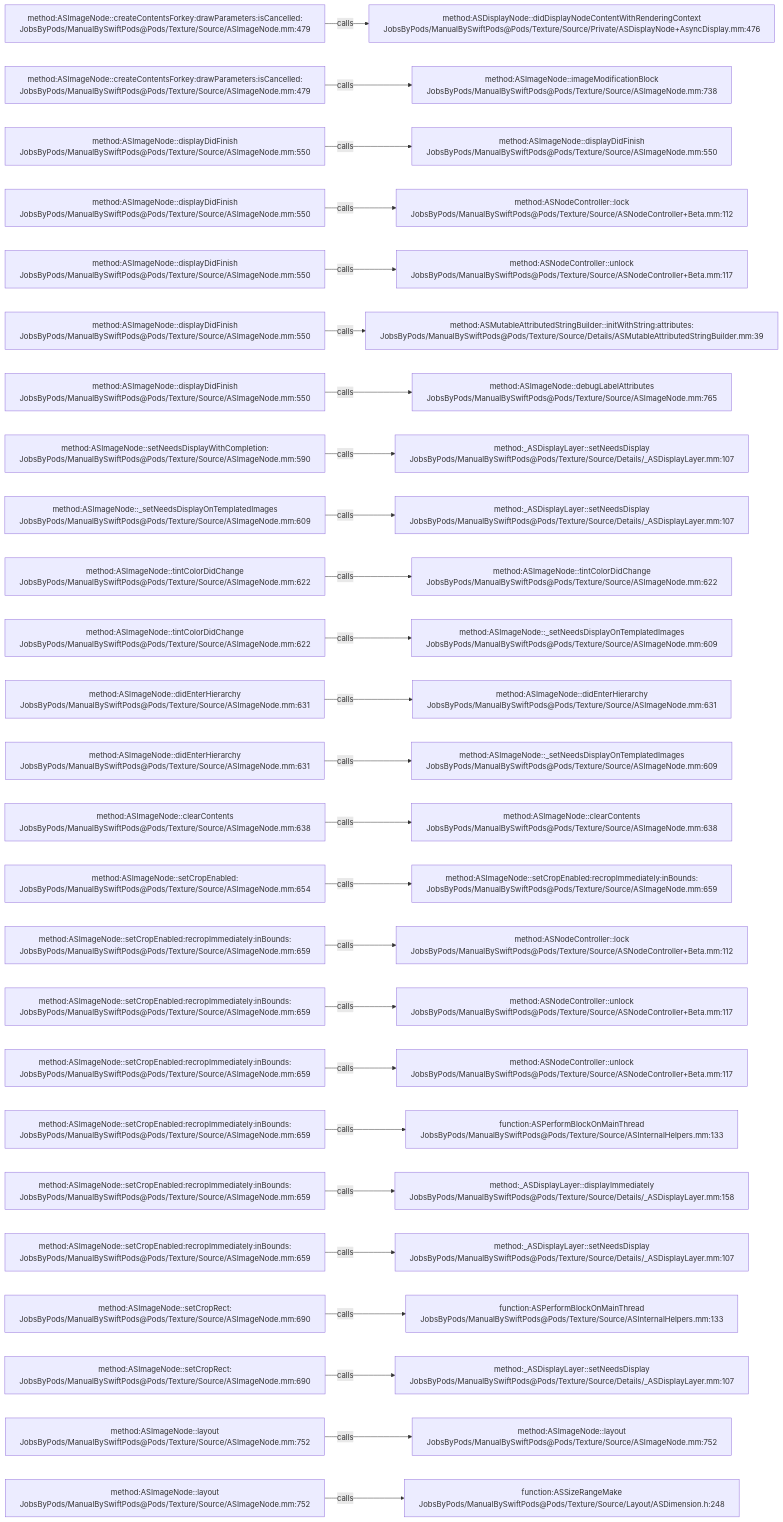
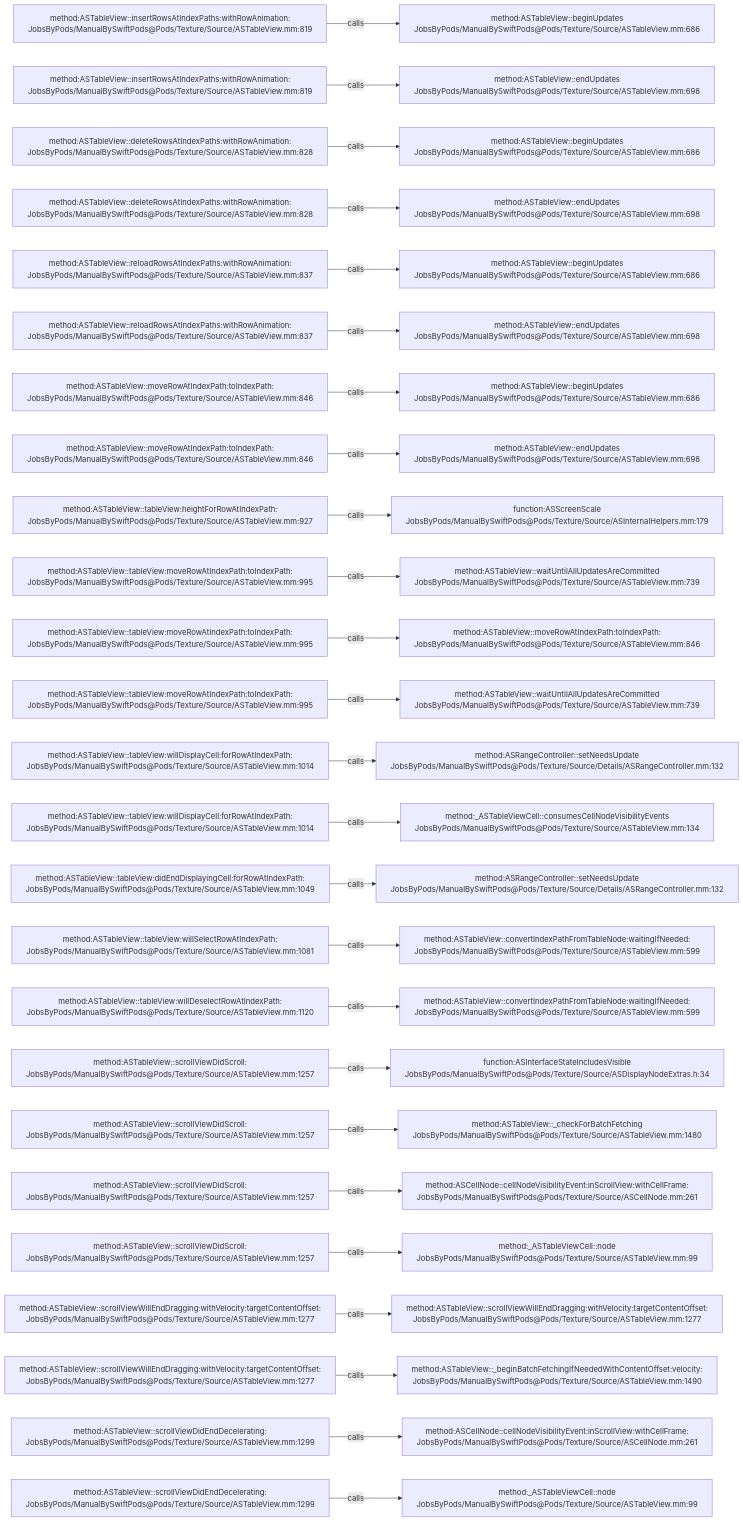
Before and after one commit to JobsKits/JobsSwiftBaseConfigDemo: the diagram in .codegraph/codegraph.md/graphs/calls-061.md, drawn with Mermaid. The commit also changed 832 other files, not shown here.

````diff
--- a/.codegraph/codegraph.md/graphs/calls-061.md
+++ b/.codegraph/codegraph.md/graphs/calls-061.md
@@ -13,78 +13,78 @@
 ```mermaid
 flowchart LR
-  S1["method:ASImageNode::createContentsForkey:drawParameters:isCancelled:<br/>JobsByPods/ManualBySwiftPods@Pods/Texture/Source/ASImageNode.mm:479"]
-  T1["method:ASDisplayNode::didDisplayNodeContentWithRenderingContext<br/>JobsByPods/ManualBySwiftPods@Pods/Texture/Source/Private/ASDisplayNode+AsyncDisplay.mm:476"]
+  S1["method:ASTableView::insertRowsAtIndexPaths:withRowAnimation:<br/>JobsByPods/ManualBySwiftPods@Pods/Texture/Source/ASTableView.mm:819"]
+  T1["method:ASTableView::beginUpdates<br/>JobsByPods/ManualBySwiftPods@Pods/Texture/Source/ASTableView.mm:686"]
   S1 -->|calls| T1
-  S2["method:ASImageNode::createContentsForkey:drawParameters:isCancelled:<br/>JobsByPods/ManualBySwiftPods@Pods/Texture/Source/ASImageNode.mm:479"]
-  T2["method:ASImageNode::imageModificationBlock<br/>JobsByPods/ManualBySwiftPods@Pods/Texture/Source/ASImageNode.mm:738"]
+  S2["method:ASTableView::insertRowsAtIndexPaths:withRowAnimation:<br/>JobsByPods/ManualBySwiftPods@Pods/Texture/Source/ASTableView.mm:819"]
+  T2["method:ASTableView::endUpdates<br/>JobsByPods/ManualBySwiftPods@Pods/Texture/Source/ASTableView.mm:698"]
   S2 -->|calls| T2
-  S3["method:ASImageNode::displayDidFinish<br/>JobsByPods/ManualBySwiftPods@Pods/Texture/Source/ASImageNode.mm:550"]
-  T3["method:ASImageNode::displayDidFinish<br/>JobsByPods/ManualBySwiftPods@Pods/Texture/Source/ASImageNode.mm:550"]
+  S3["method:ASTableView::deleteRowsAtIndexPaths:withRowAnimation:<br/>JobsByPods/ManualBySwiftPods@Pods/Texture/Source/ASTableView.mm:828"]
+  T3["method:ASTableView::beginUpdates<br/>JobsByPods/ManualBySwiftPods@Pods/Texture/Source/ASTableView.mm:686"]
   S3 -->|calls| T3
-  S4["method:ASImageNode::displayDidFinish<br/>JobsByPods/ManualBySwiftPods@Pods/Texture/Source/ASImageNode.mm:550"]
-  T4["method:ASNodeController::lock<br/>JobsByPods/ManualBySwiftPods@Pods/Texture/Source/ASNodeController+Beta.mm:112"]
+  S4["method:ASTableView::deleteRowsAtIndexPaths:withRowAnimation:<br/>JobsByPods/ManualBySwiftPods@Pods/Texture/Source/ASTableView.mm:828"]
+  T4["method:ASTableView::endUpdates<br/>JobsByPods/ManualBySwiftPods@Pods/Texture/Source/ASTableView.mm:698"]
   S4 -->|calls| T4
-  S5["method:ASImageNode::displayDidFinish<br/>JobsByPods/ManualBySwiftPods@Pods/Texture/Source/ASImageNode.mm:550"]
-  T5["method:ASNodeController::unlock<br/>JobsByPods/ManualBySwiftPods@Pods/Texture/Source/ASNodeController+Beta.mm:117"]
+  S5["method:ASTableView::reloadRowsAtIndexPaths:withRowAnimation:<br/>JobsByPods/ManualBySwiftPods@Pods/Texture/Source/ASTableView.mm:837"]
+  T5["method:ASTableView::beginUpdates<br/>JobsByPods/ManualBySwiftPods@Pods/Texture/Source/ASTableView.mm:686"]
   S5 -->|calls| T5
-  S6["method:ASImageNode::displayDidFinish<br/>JobsByPods/ManualBySwiftPods@Pods/Texture/Source/ASImageNode.mm:550"]
-  T6["method:ASMutableAttributedStringBuilder::initWithString:attributes:<br/>JobsByPods/ManualBySwiftPods@Pods/Texture/Source/Details/ASMutableAttributedStringBuilder.mm:39"]
+  S6["method:ASTableView::reloadRowsAtIndexPaths:withRowAnimation:<br/>JobsByPods/ManualBySwiftPods@Pods/Texture/Source/ASTableView.mm:837"]
+  T6["method:ASTableView::endUpdates<br/>JobsByPods/ManualBySwiftPods@Pods/Texture/Source/ASTableView.mm:698"]
   S6 -->|calls| T6
-  S7["method:ASImageNode::displayDidFinish<br/>JobsByPods/ManualBySwiftPods@Pods/Texture/Source/ASImageNode.mm:550"]
-  T7["method:ASImageNode::debugLabelAttributes<br/>JobsByPods/ManualBySwiftPods@Pods/Texture/Source/ASImageNode.mm:765"]
+  S7["method:ASTableView::moveRowAtIndexPath:toIndexPath:<br/>JobsByPods/ManualBySwiftPods@Pods/Texture/Source/ASTableView.mm:846"]
+  T7["method:ASTableView::beginUpdates<br/>JobsByPods/ManualBySwiftPods@Pods/Texture/Source/ASTableView.mm:686"]
   S7 -->|calls| T7
-  S8["method:ASImageNode::setNeedsDisplayWithCompletion:<br/>JobsByPods/ManualBySwiftPods@Pods/Texture/Source/ASImageNode.mm:590"]
-  T8["method:_ASDisplayLayer::setNeedsDisplay<br/>JobsByPods/ManualBySwiftPods@Pods/Texture/Source/Details/_ASDisplayLayer.mm:107"]
+  S8["method:ASTableView::moveRowAtIndexPath:toIndexPath:<br/>JobsByPods/ManualBySwiftPods@Pods/Texture/Source/ASTableView.mm:846"]
+  T8["method:ASTableView::endUpdates<br/>JobsByPods/ManualBySwiftPods@Pods/Texture/Source/ASTableView.mm:698"]
   S8 -->|calls| T8
-  S9["method:ASImageNode::_setNeedsDisplayOnTemplatedImages<br/>JobsByPods/ManualBySwiftPods@Pods/Texture/Source/ASImageNode.mm:609"]
-  T9["method:_ASDisplayLayer::setNeedsDisplay<br/>JobsByPods/ManualBySwiftPods@Pods/Texture/Source/Details/_ASDisplayLayer.mm:107"]
+  S9["method:ASTableView::tableView:heightForRowAtIndexPath:<br/>JobsByPods/ManualBySwiftPods@Pods/Texture/Source/ASTableView.mm:927"]
+  T9["function:ASScreenScale<br/>JobsByPods/ManualBySwiftPods@Pods/Texture/Source/ASInternalHelpers.mm:179"]
   S9 -->|calls| T9
-  S10["method:ASImageNode::tintColorDidChange<br/>JobsByPods/ManualBySwiftPods@Pods/Texture/Source/ASImageNode.mm:622"]
-  T10["method:ASImageNode::tintColorDidChange<br/>JobsByPods/ManualBySwiftPods@Pods/Texture/Source/ASImageNode.mm:622"]
+  S10["method:ASTableView::tableView:moveRowAtIndexPath:toIndexPath:<br/>JobsByPods/ManualBySwiftPods@Pods/Texture/Source/ASTableView.mm:995"]
+  T10["method:ASTableView::waitUntilAllUpdatesAreCommitted<br/>JobsByPods/ManualBySwiftPods@Pods/Texture/Source/ASTableView.mm:739"]
   S10 -->|calls| T10
-  S11["method:ASImageNode::tintColorDidChange<br/>JobsByPods/ManualBySwiftPods@Pods/Texture/Source/ASImageNode.mm:622"]
-  T11["method:ASImageNode::_setNeedsDisplayOnTemplatedImages<br/>JobsByPods/ManualBySwiftPods@Pods/Texture/Source/ASImageNode.mm:609"]
+  S11["method:ASTableView::tableView:moveRowAtIndexPath:toIndexPath:<br/>JobsByPods/ManualBySwiftPods@Pods/Texture/Source/ASTableView.mm:995"]
+  T11["method:ASTableView::moveRowAtIndexPath:toIndexPath:<br/>JobsByPods/ManualBySwiftPods@Pods/Texture/Source/ASTableView.mm:846"]
   S11 -->|calls| T11
-  S12["method:ASImageNode::didEnterHierarchy<br/>JobsByPods/ManualBySwiftPods@Pods/Texture/Source/ASImageNode.mm:631"]
-  T12["method:ASImageNode::didEnterHierarchy<br/>JobsByPods/ManualBySwiftPods@Pods/Texture/Source/ASImageNode.mm:631"]
+  S12["method:ASTableView::tableView:moveRowAtIndexPath:toIndexPath:<br/>JobsByPods/ManualBySwiftPods@Pods/Texture/Source/ASTableView.mm:995"]
+  T12["method:ASTableView::waitUntilAllUpdatesAreCommitted<br/>JobsByPods/ManualBySwiftPods@Pods/Texture/Source/ASTableView.mm:739"]
   S12 -->|calls| T12
-  S13["method:ASImageNode::didEnterHierarchy<br/>JobsByPods/ManualBySwiftPods@Pods/Texture/Source/ASImageNode.mm:631"]
-  T13["method:ASImageNode::_setNeedsDisplayOnTemplatedImages<br/>JobsByPods/ManualBySwiftPods@Pods/Texture/Source/ASImageNode.mm:609"]
+  S13["method:ASTableView::tableView:willDisplayCell:forRowAtIndexPath:<br/>JobsByPods/ManualBySwiftPods@Pods/Texture/Source/ASTableView.mm:1014"]
+  T13["method:ASRangeController::setNeedsUpdate<br/>JobsByPods/ManualBySwiftPods@Pods/Texture/Source/Details/ASRangeController.mm:132"]
   S13 -->|calls| T13
-  S14["method:ASImageNode::clearContents<br/>JobsByPods/ManualBySwiftPods@Pods/Texture/Source/ASImageNode.mm:638"]
-  T14["method:ASImageNode::clearContents<br/>JobsByPods/ManualBySwiftPods@Pods/Texture/Source/ASImageNode.mm:638"]
+  S14["method:ASTableView::tableView:willDisplayCell:forRowAtIndexPath:<br/>JobsByPods/ManualBySwiftPods@Pods/Texture/Source/ASTableView.mm:1014"]
+  T14["method:_ASTableViewCell::consumesCellNodeVisibilityEvents<br/>JobsByPods/ManualBySwiftPods@Pods/Texture/Source/ASTableView.mm:134"]
   S14 -->|calls| T14
-  S15["method:ASImageNode::setCropEnabled:<br/>JobsByPods/ManualBySwiftPods@Pods/Texture/Source/ASImageNode.mm:654"]
-  T15["method:ASImageNode::setCropEnabled:recropImmediately:inBounds:<br/>JobsByPods/ManualBySwiftPods@Pods/Texture/Source/ASImageNode.mm:659"]
+  S15["method:ASTableView::tableView:didEndDisplayingCell:forRowAtIndexPath:<br/>JobsByPods/ManualBySwiftPods@Pods/Texture/Source/ASTableView.mm:1049"]
+  T15["method:ASRangeController::setNeedsUpdate<br/>JobsByPods/ManualBySwiftPods@Pods/Texture/Source/Details/ASRangeController.mm:132"]
   S15 -->|calls| T15
-  S16["method:ASImageNode::setCropEnabled:recropImmediately:inBounds:<br/>JobsByPods/ManualBySwiftPods@Pods/Texture/Source/ASImageNode.mm:659"]
-  T16["method:ASNodeController::lock<br/>JobsByPods/ManualBySwiftPods@Pods/Texture/Source/ASNodeController+Beta.mm:112"]
+  S16["method:ASTableView::tableView:willSelectRowAtIndexPath:<br/>JobsByPods/ManualBySwiftPods@Pods/Texture/Source/ASTableView.mm:1081"]
+  T16["method:ASTableView::convertIndexPathFromTableNode:waitingIfNeeded:<br/>JobsByPods/ManualBySwiftPods@Pods/Texture/Source/ASTableView.mm:599"]
   S16 -->|calls| T16
-  S17["method:ASImageNode::setCropEnabled:recropImmediately:inBounds:<br/>JobsByPods/ManualBySwiftPods@Pods/Texture/Source/ASImageNode.mm:659"]
-  T17["method:ASNodeController::unlock<br/>JobsByPods/ManualBySwiftPods@Pods/Texture/Source/ASNodeController+Beta.mm:117"]
+  S17["method:ASTableView::tableView:willDeselectRowAtIndexPath:<br/>JobsByPods/ManualBySwiftPods@Pods/Texture/Source/ASTableView.mm:1120"]
+  T17["method:ASTableView::convertIndexPathFromTableNode:waitingIfNeeded:<br/>JobsByPods/ManualBySwiftPods@Pods/Texture/Source/ASTableView.mm:599"]
   S17 -->|calls| T17
-  S18["method:ASImageNode::setCropEnabled:recropImmediately:inBounds:<br/>JobsByPods/ManualBySwiftPods@Pods/Texture/Source/ASImageNode.mm:659"]
-  T18["method:ASNodeController::unlock<br/>JobsByPods/ManualBySwiftPods@Pods/Texture/Source/ASNodeController+Beta.mm:117"]
+  S18["method:ASTableView::scrollViewDidScroll:<br/>JobsByPods/ManualBySwiftPods@Pods/Texture/Source/ASTableView.mm:1257"]
+  T18["function:ASInterfaceStateIncludesVisible<br/>JobsByPods/ManualBySwiftPods@Pods/Texture/Source/ASDisplayNodeExtras.h:34"]
   S18 -->|calls| T18
-  S19["method:ASImageNode::setCropEnabled:recropImmediately:inBounds:<br/>JobsByPods/ManualBySwiftPods@Pods/Texture/Source/ASImageNode.mm:659"]
-  T19["function:ASPerformBlockOnMainThread<br/>JobsByPods/ManualBySwiftPods@Pods/Texture/Source/ASInternalHelpers.mm:133"]
+  S19["method:ASTableView::scrollViewDidScroll:<br/>JobsByPods/ManualBySwiftPods@Pods/Texture/Source/ASTableView.mm:1257"]
+  T19["method:ASTableView::_checkForBatchFetching<br/>JobsByPods/ManualBySwiftPods@Pods/Texture/Source/ASTableView.mm:1480"]
   S19 -->|calls| T19
-  S20["method:ASImageNode::setCropEnabled:recropImmediately:inBounds:<br/>JobsByPods/ManualBySwiftPods@Pods/Texture/Source/ASImageNode.mm:659"]
-  T20["method:_ASDisplayLayer::displayImmediately<br/>JobsByPods/ManualBySwiftPods@Pods/Texture/Source/Details/_ASDisplayLayer.mm:158"]
+  S20["method:ASTableView::scrollViewDidScroll:<br/>JobsByPods/ManualBySwiftPods@Pods/Texture/Source/ASTableView.mm:1257"]
+  T20["method:ASCellNode::cellNodeVisibilityEvent:inScrollView:withCellFrame:<br/>JobsByPods/ManualBySwiftPods@Pods/Texture/Source/ASCellNode.mm:261"]
   S20 -->|calls| T20
-  S21["method:ASImageNode::setCropEnabled:recropImmediately:inBounds:<br/>JobsByPods/ManualBySwiftPods@Pods/Texture/Source/ASImageNode.mm:659"]
-  T21["method:_ASDisplayLayer::setNeedsDisplay<br/>JobsByPods/ManualBySwiftPods@Pods/Texture/Source/Details/_ASDisplayLayer.mm:107"]
+  S21["method:ASTableView::scrollViewDidScroll:<br/>JobsByPods/ManualBySwiftPods@Pods/Texture/Source/ASTableView.mm:1257"]
+  T21["method:_ASTableViewCell::node<br/>JobsByPods/ManualBySwiftPods@Pods/Texture/Source/ASTableView.mm:99"]
   S21 -->|calls| T21
-  S22["method:ASImageNode::setCropRect:<br/>JobsByPods/ManualBySwiftPods@Pods/Texture/Source/ASImageNode.mm:690"]
-  T22["function:ASPerformBlockOnMainThread<br/>JobsByPods/ManualBySwiftPods@Pods/Texture/Source/ASInternalHelpers.mm:133"]
+  S22["method:ASTableView::scrollViewWillEndDragging:withVelocity:targetContentOffset:<br/>JobsByPods/ManualBySwiftPods@Pods/Texture/Source/ASTableView.mm:1277"]
+  T22["method:ASTableView::scrollViewWillEndDragging:withVelocity:targetContentOffset:<br/>JobsByPods/ManualBySwiftPods@Pods/Texture/Source/ASTableView.mm:1277"]
   S22 -->|calls| T22
-  S23["method:ASImageNode::setCropRect:<br/>JobsByPods/ManualBySwiftPods@Pods/Texture/Source/ASImageNode.mm:690"]
-  T23["method:_ASDisplayLayer::setNeedsDisplay<br/>JobsByPods/ManualBySwiftPods@Pods/Texture/Source/Details/_ASDisplayLayer.mm:107"]
+  S23["method:ASTableView::scrollViewWillEndDragging:withVelocity:targetContentOffset:<br/>JobsByPods/ManualBySwiftPods@Pods/Texture/Source/ASTableView.mm:1277"]
+  T23["method:ASTableView::_beginBatchFetchingIfNeededWithContentOffset:velocity:<br/>JobsByPods/ManualBySwiftPods@Pods/Texture/Source/ASTableView.mm:1490"]
   S23 -->|calls| T23
-  S24["method:ASImageNode::layout<br/>JobsByPods/ManualBySwiftPods@Pods/Texture/Source/ASImageNode.mm:752"]
-  T24["method:ASImageNode::layout<br/>JobsByPods/ManualBySwiftPods@Pods/Texture/Source/ASImageNode.mm:752"]
+  S24["method:ASTableView::scrollViewDidEndDecelerating:<br/>JobsByPods/ManualBySwiftPods@Pods/Texture/Source/ASTableView.mm:1299"]
+  T24["method:ASCellNode::cellNodeVisibilityEvent:inScrollView:withCellFrame:<br/>JobsByPods/ManualBySwiftPods@Pods/Texture/Source/ASCellNode.mm:261"]
   S24 -->|calls| T24
-  S25["method:ASImageNode::layout<br/>JobsByPods/ManualBySwiftPods@Pods/Texture/Source/ASImageNode.mm:752"]
-  T25["function:ASSizeRangeMake<br/>JobsByPods/ManualBySwiftPods@Pods/Texture/Source/Layout/ASDimension.h:248"]
+  S25["method:ASTableView::scrollViewDidEndDecelerating:<br/>JobsByPods/ManualBySwiftPods@Pods/Texture/Source/ASTableView.mm:1299"]
+  T25["method:_ASTableViewCell::node<br/>JobsByPods/ManualBySwiftPods@Pods/Texture/Source/ASTableView.mm:99"]
   S25 -->|calls| T25
 ```
````
